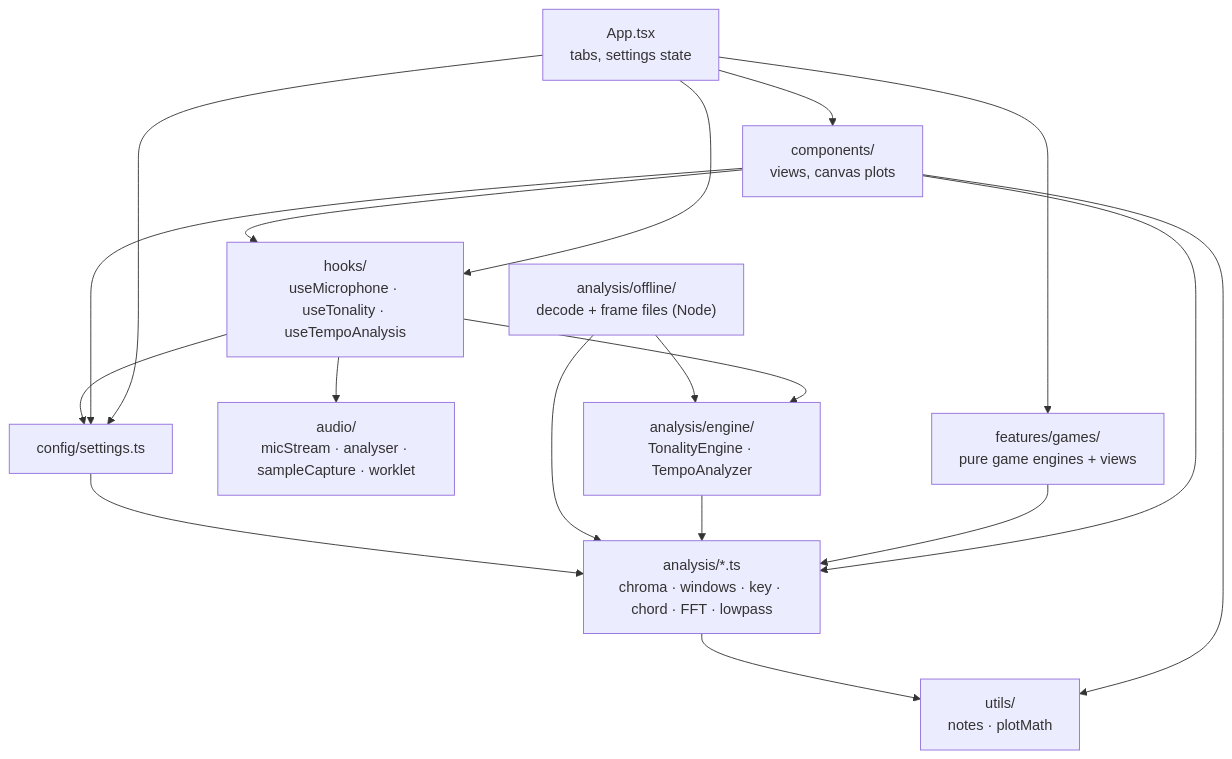
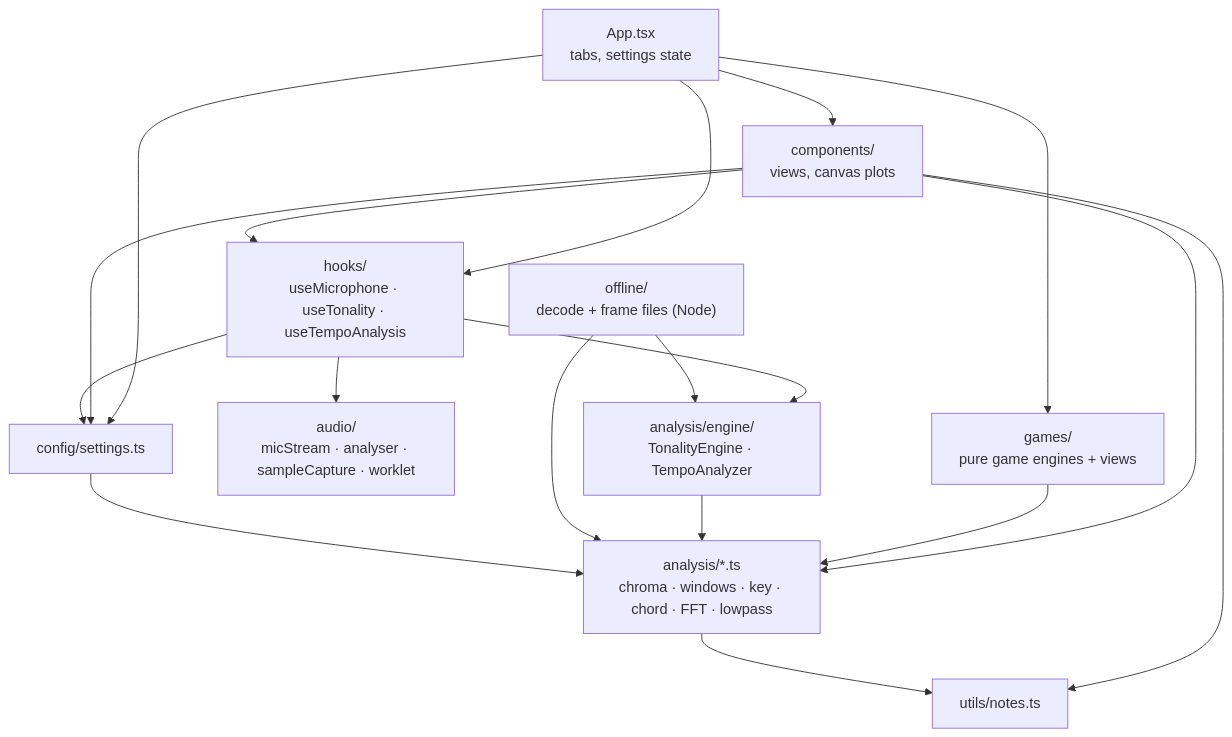
The second of 4 diagrams in docs/ARCHITECTURE.md (Dicdaplon/AudioLab), drawn with Mermaid before and after one commit. The commit also changed other lines of this file and 4 other files, not shown here.

````diff
--- a/docs/ARCHITECTURE.md
+++ b/docs/ARCHITECTURE.md
@@ -25,22 +53,22 @@
 ```mermaid
 flowchart TD
     App["App.tsx<br/>tabs, settings state"]
     Comp["components/<br/>views, canvas plots"]
-    Games["features/games/<br/>pure game engines + views"]
+    Games["games/<br/>pure game engines + views"]
     Hooks["hooks/<br/>useMicrophone · useTonality · useTempoAnalysis"]
     Audio["audio/<br/>micStream · analyser · sampleCapture · worklet"]
     Engine["analysis/engine/<br/>TonalityEngine · TempoAnalyzer"]
     DSP["analysis/*.ts<br/>chroma · windows · key · chord · FFT · lowpass"]
-    Offline["analysis/offline/<br/>decode + frame files (Node)"]
+    Offline["offline/<br/>decode + frame files (Node)"]
     Config["config/settings.ts"]
-    Utils["utils/<br/>notes · plotMath"]
+    Notes["utils/notes.ts"]
 
     App --> Comp & Games & Hooks & Config
-    Comp --> Hooks & Config & DSP & Utils
+    Comp --> Hooks & Config & DSP & Notes
     Games --> DSP
     Hooks --> Audio & Engine & Config
     Engine --> DSP
     Offline --> Engine & DSP
     Config --> DSP
-    DSP --> Utils
+    DSP --> Notes
 ```
````
